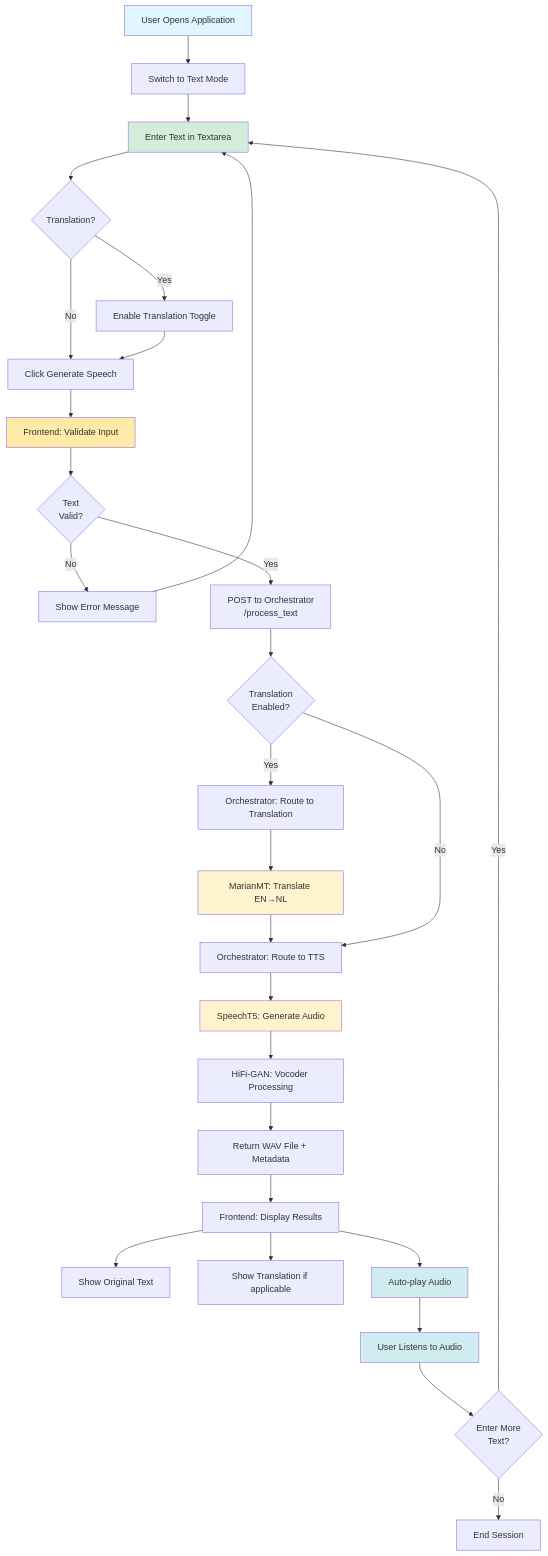
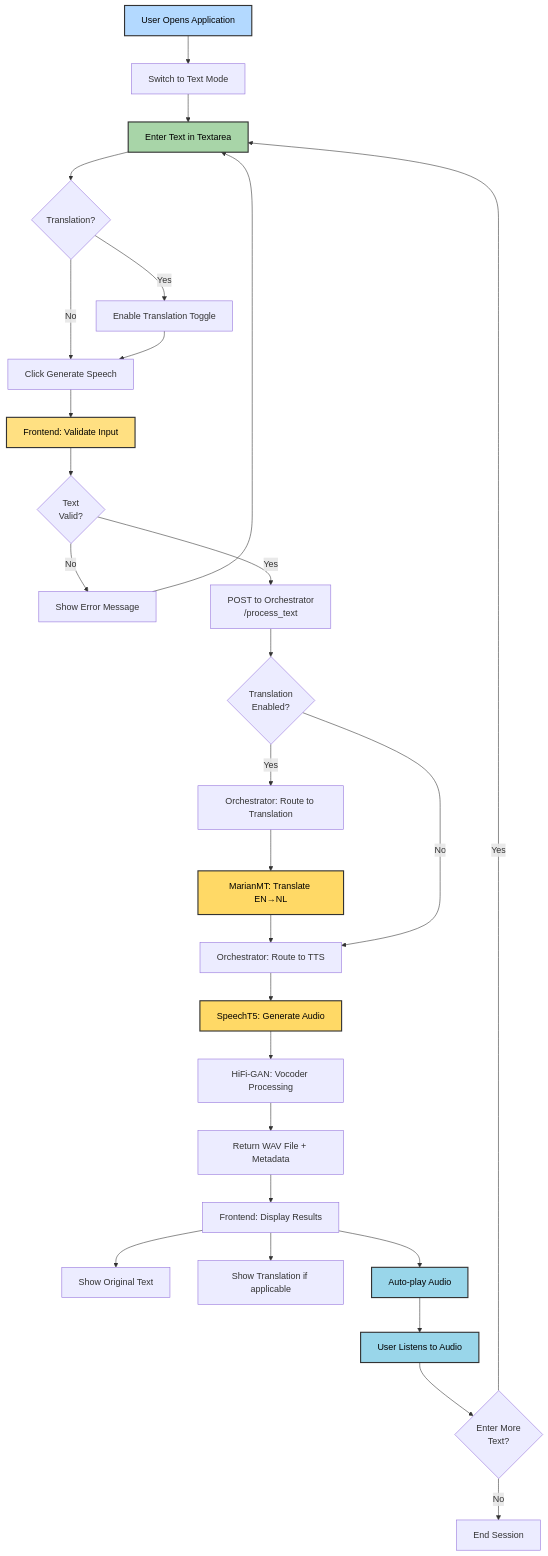
One commit to ansar-a17/se_project changed the second of 4 diagrams in README.md. Above: the diagram before and after it, drawn with Mermaid. The commit also changed other lines of this file, not shown here.

Commit message:
updated mermaid diagrams

````diff
--- a/README.md
+++ b/README.md
@@ -288,45 +288,45 @@
 ```mermaid
 graph TD
     A[User Opens Application] --> B[Switch to Text Mode]
     B --> C[Enter Text in Textarea]
     
     C --> D{Translation?}
     D -->|Yes| E[Enable Translation Toggle]
     D -->|No| F[Click Generate Speech]
     E --> F
     
     F --> G[Frontend: Validate Input]
     G --> H{Text<br/>Valid?}
     H -->|No| I[Show Error Message]
     I --> C
     
     H -->|Yes| J[POST to Orchestrator<br/>/process_text]
     J --> K{Translation<br/>Enabled?}
     
     K -->|Yes| L[Orchestrator: Route to Translation]
     L --> M[MarianMT: Translate EN→NL]
     M --> N[Orchestrator: Route to TTS]
     
     K -->|No| N
     N --> O[SpeechT5: Generate Audio]
     O --> P[HiFi-GAN: Vocoder Processing]
     P --> Q[Return WAV File + Metadata]
     
     Q --> R[Frontend: Display Results]
     R --> S[Show Original Text]
     R --> T[Show Translation if applicable]
     R --> U[Auto-play Audio]
     U --> V[User Listens to Audio]
     
     V --> W{Enter More<br/>Text?}
     W -->|Yes| C
     W -->|No| X[End Session]
     
-    style A fill:#e1f5ff
-    style C fill:#d4edda
-    style G fill:#ffeaa7
-    style M fill:#fff3cd
-    style O fill:#fff3cd
-    style U fill:#d1ecf1
-    style V fill:#d1ecf1
+    style A fill:#b3d9ff,stroke:#333,stroke-width:2px,color:#000
+    style C fill:#a8d5a8,stroke:#333,stroke-width:2px,color:#000
+    style G fill:#ffe082,stroke:#333,stroke-width:2px,color:#000
+    style M fill:#ffd966,stroke:#333,stroke-width:2px,color:#000
+    style O fill:#ffd966,stroke:#333,stroke-width:2px,color:#000
+    style U fill:#99d6ea,stroke:#333,stroke-width:2px,color:#000
+    style V fill:#99d6ea,stroke:#333,stroke-width:2px,color:#000
 ```
````
